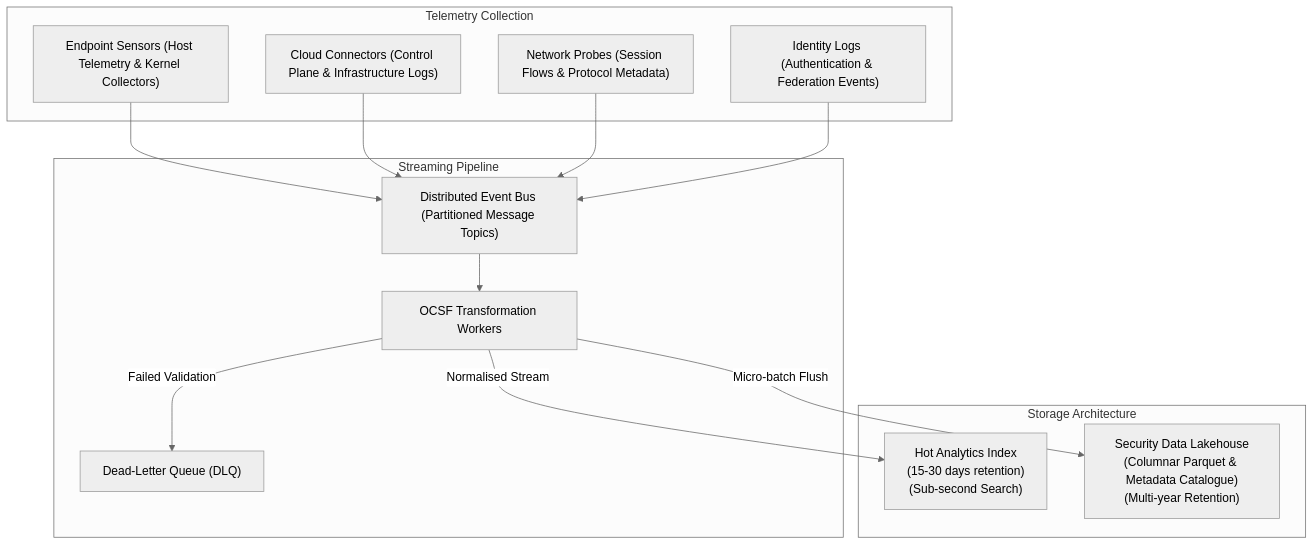
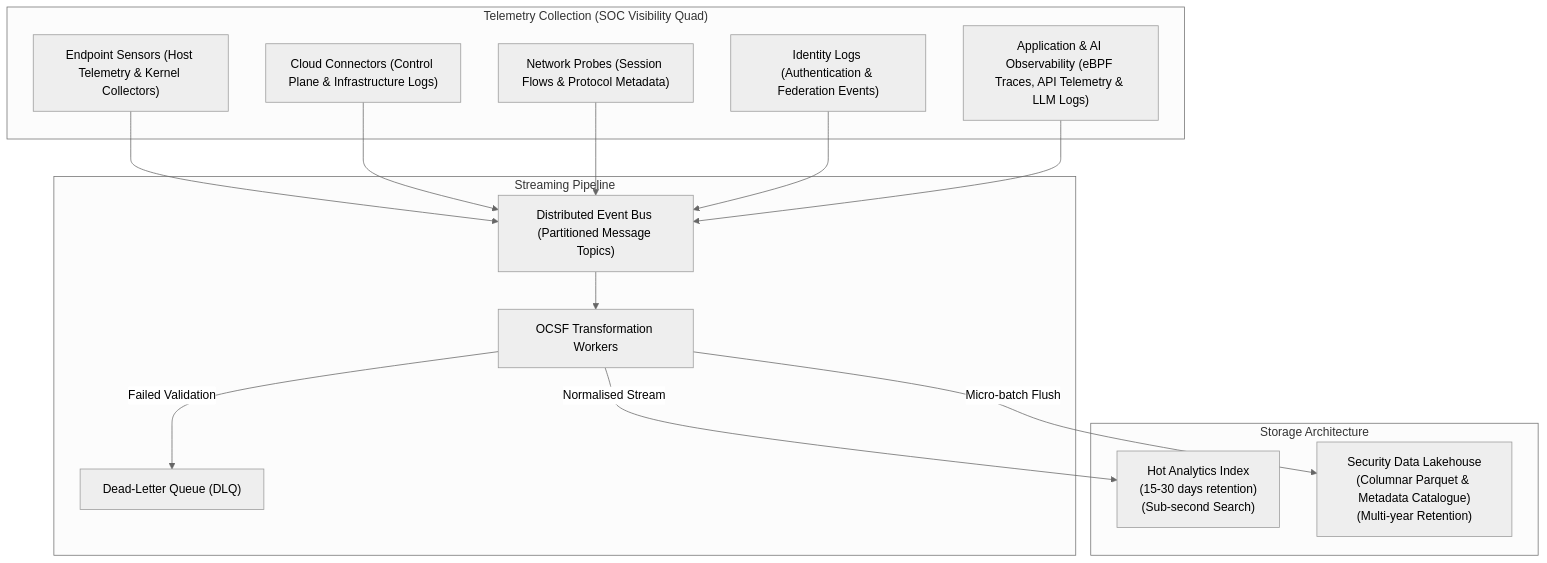
Before and after one commit to Haribu/TIDIR: the diagram in docs/architecture/components/02-data-fabric-telemetry.md, drawn with Mermaid (neutral theme). The commit also changed other lines of this file and 5 other files, not shown here.

Commit message:
feat: incorporate Shadow Risk Register, 4 Generations and AG-UI into architecture (v1.9.0)

````diff
--- a/docs/architecture/components/02-data-fabric-telemetry.md
+++ b/docs/architecture/components/02-data-fabric-telemetry.md
@@ -10,30 +10,32 @@
 ```mermaid
 flowchart TB
-  subgraph Collectors ["Telemetry Collection"]
+  subgraph Collectors ["Telemetry Collection (SOC Visibility Quad)"]
     AGENTS["Endpoint Sensors (Host Telemetry & Kernel Collectors)"]
     CLOUD_INGEST["Cloud Connectors (Control Plane & Infrastructure Logs)"]
     NET_INGEST["Network Probes (Session Flows & Protocol Metadata)"]
     AUTH_INGEST["Identity Logs (Authentication & Federation Events)"]
+    APP_INGEST["Application & AI Observability (eBPF Traces, API Telemetry & LLM Logs)"]
   end
 
   subgraph IngestionStream ["Streaming Pipeline"]
     STREAM_BUS["Distributed Event Bus (Partitioned Message Topics)"]
     SCHEMA_NORM["OCSF Transformation Workers"]
     DLQ["Dead-Letter Queue (DLQ)"]
   end
 
   subgraph DualStorage ["Storage Architecture"]
     HOT_INDEX["Hot Analytics Index\n(15-30 days retention)\n(Sub-second Search)"]
     LAKEHOUSE["Security Data Lakehouse\n(Columnar Parquet & Metadata Catalogue)\n(Multi-year Retention)"]
   end
 
   AGENTS --> STREAM_BUS
   CLOUD_INGEST --> STREAM_BUS
   NET_INGEST --> STREAM_BUS
   AUTH_INGEST --> STREAM_BUS
+  APP_INGEST --> STREAM_BUS
 
   STREAM_BUS --> SCHEMA_NORM
   SCHEMA_NORM -->|Failed Validation| DLQ
   SCHEMA_NORM -->|Normalised Stream| HOT_INDEX
   SCHEMA_NORM -->|Micro-batch Flush| LAKEHOUSE
 ```
````
